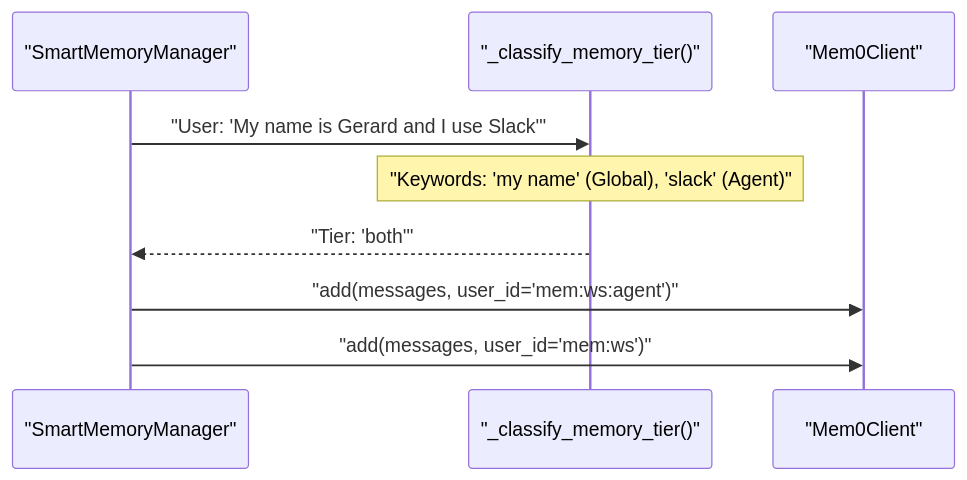
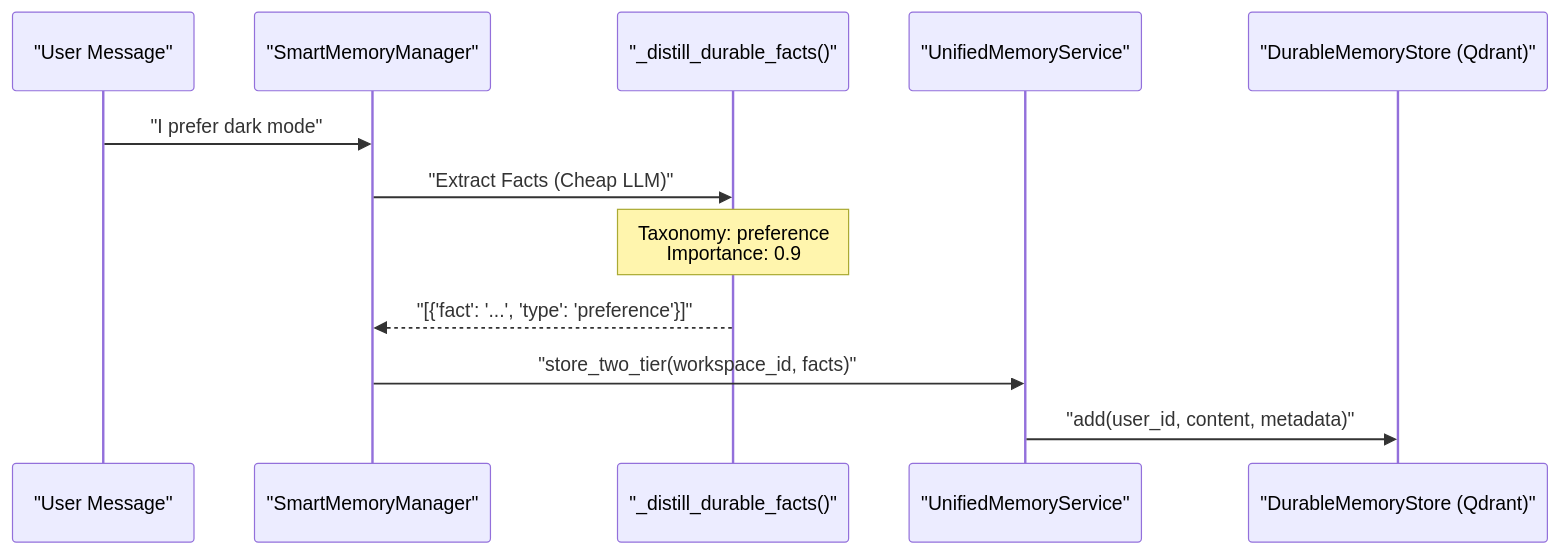
One commit to AutomatosAI/automatos-ai changed the second of 3 diagrams in docs/memory-system/memory-lifecycle-consolidation.md. Above: the diagram before and after it, drawn with Mermaid. The commit also changed other lines of this file and 191 other files, not shown here.

````diff
--- a/docs/memory-system/memory-lifecycle-consolidation.md
+++ b/docs/memory-system/memory-lifecycle-consolidation.md
@@ -115,12 +148,15 @@
 ```mermaid
 sequenceDiagram
+    participant User as "User Message"
     participant SMM as "SmartMemoryManager"
-    participant Classifier as "_classify_memory_tier()"
-    participant Mem0 as "Mem0Client"
+    participant Distill as "_distill_durable_facts()"
+    participant UMS as "UnifiedMemoryService"
+    participant L3 as "DurableMemoryStore (Qdrant)"
 
-    SMM->>Classifier: "User: 'My name is Gerard and I use Slack'"
-    Note over Classifier: "Keywords: 'my name' (Global), 'slack' (Agent)"
-    Classifier-->>SMM: "Tier: 'both'"
-    SMM->>Mem0: "add(messages, user_id='mem:ws:agent')"
-    SMM->>Mem0: "add(messages, user_id='mem:ws')"
+    User->>SMM: "I prefer dark mode"
+    SMM->>Distill: "Extract Facts (Cheap LLM)"
+    Note over Distill: Taxonomy: preference<br/>Importance: 0.9
+    Distill-->>SMM: "[{'fact': '...', 'type': 'preference'}]"
+    SMM->>UMS: "store_two_tier(workspace_id, facts)"
+    UMS->>L3: "add(user_id, content, metadata)"
 ```
````
